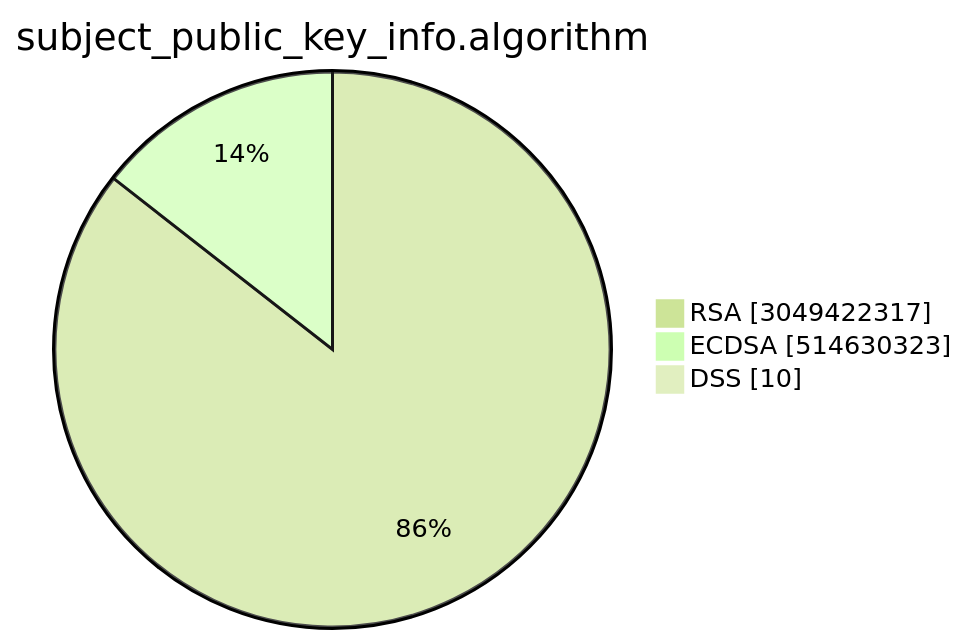
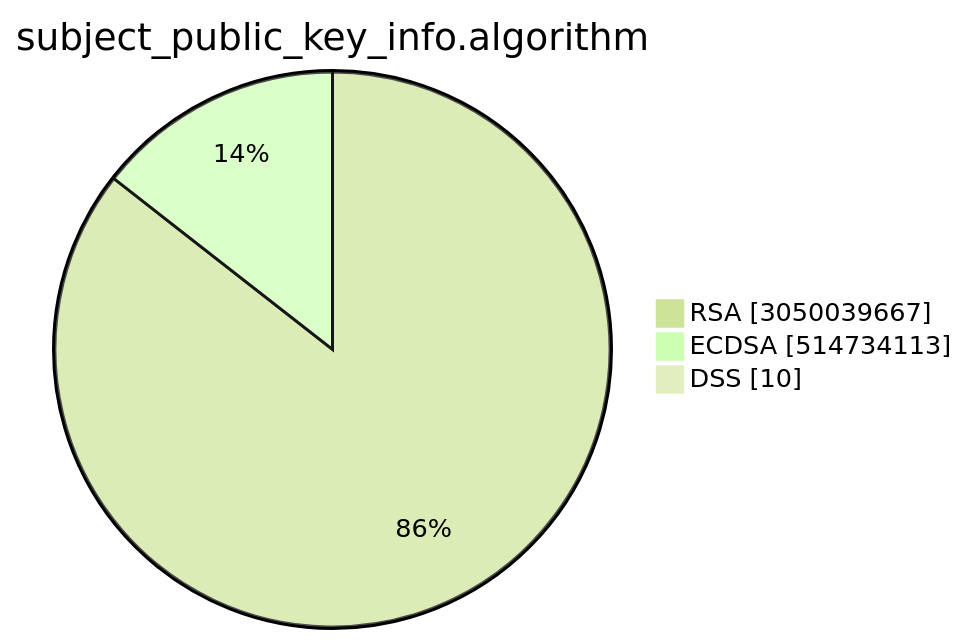
Before and after one commit to christiankrug/ctmonitor_visualization: the second of 15 diagrams in TOTAL/README.md, drawn with Mermaid (forest theme). The commit also changed other lines of this file, not shown here.

````diff
--- a/TOTAL/README.md
+++ b/TOTAL/README.md
@@ -6,7 +6,7 @@
 ```mermaid
 pie showData
 title subject_public_key_info.algorithm
-"RSA" :3049422317
-"ECDSA" :514630323
+"RSA" :3050039667
+"ECDSA" :514734113
 "DSS" :10
 ```
````
